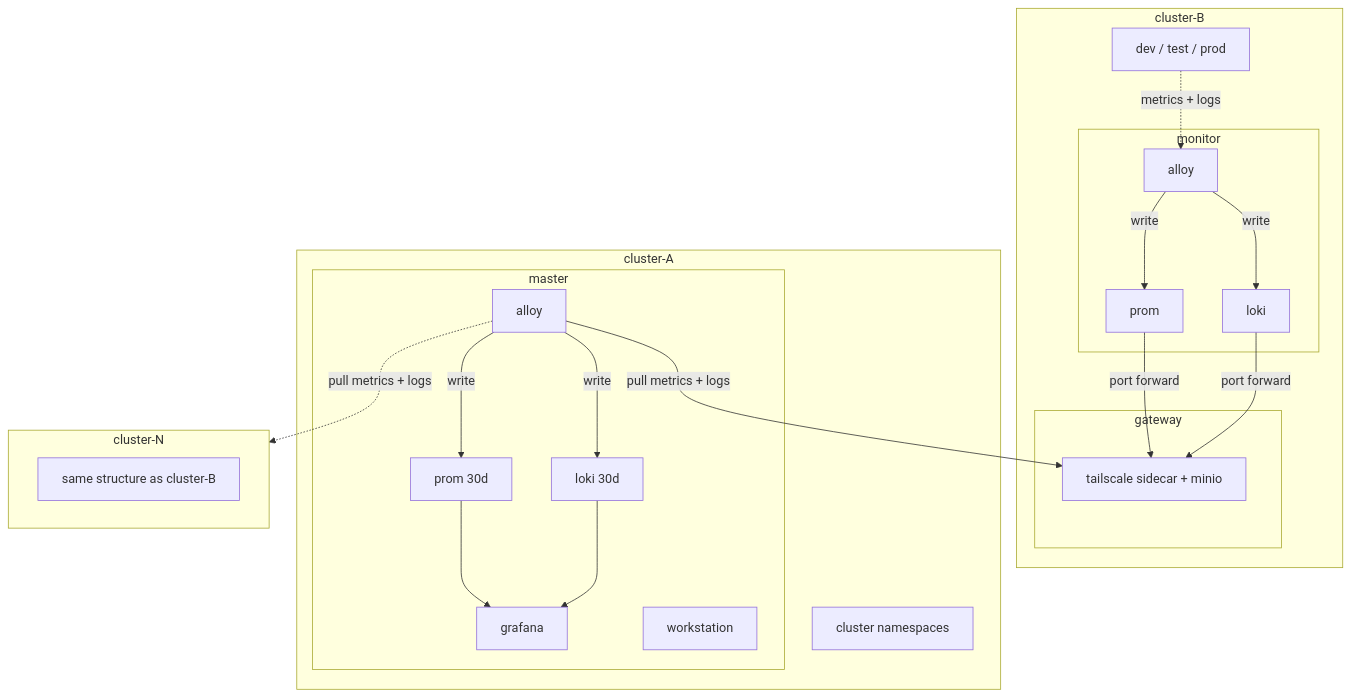
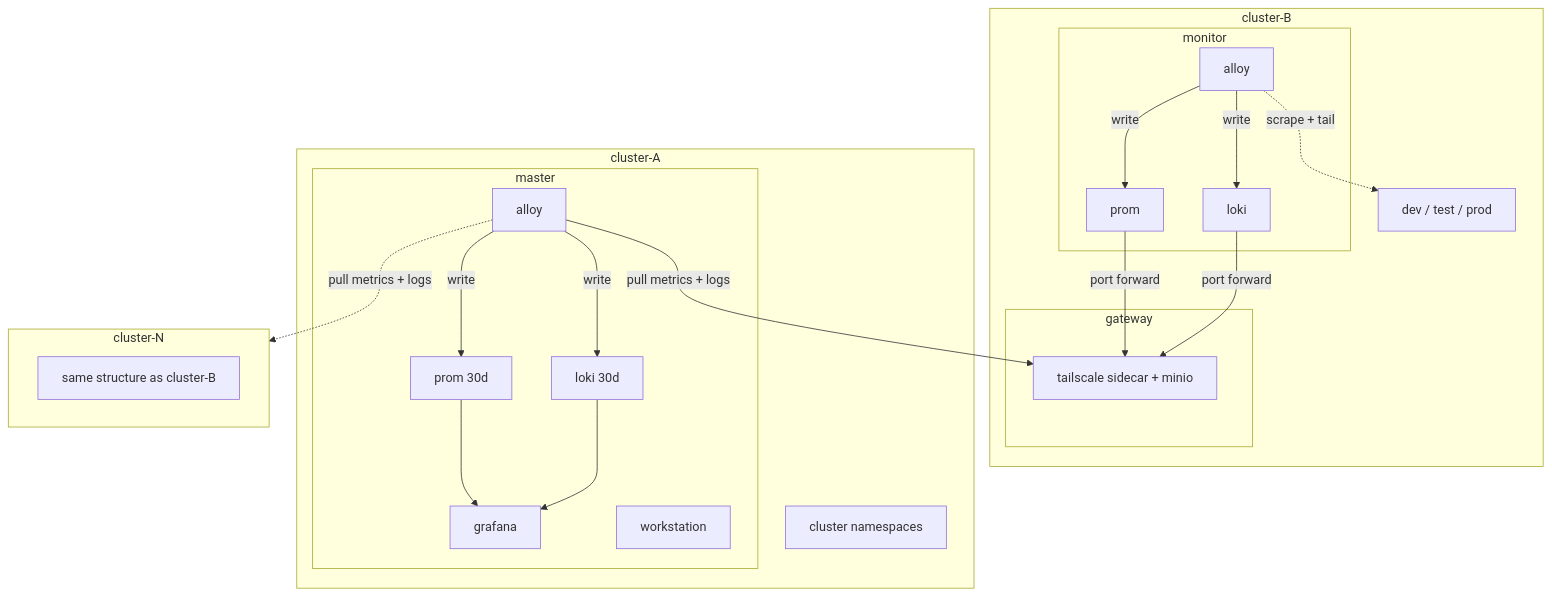
The first of 2 diagrams in docs/infra/infrastructure.md (Kord96/kordinate), drawn with Mermaid before and after one commit. The commit also changed other lines of this file, not shown here.

First line of the commit message:
Fix arrow direction — alloy scrapes from env/nodes, not the other way

````diff
--- a/docs/infra/infrastructure.md
+++ b/docs/infra/infrastructure.md
@@ -22,30 +22,30 @@
 ```mermaid
 flowchart TB
     subgraph CB[cluster-B]
         subgraph gw-b[gateway]
             GWT-B[tailscale sidecar + minio]
         end
         subgraph mon-b[monitor]
             AL-B[alloy] -->|write| PR-B[prom] & LK-B[loki]
         end
-        ENV-B[dev / test / prod] -.->|metrics + logs| AL-B
+        AL-B -.->|scrape + tail| ENV-B[dev / test / prod]
         PR-B & LK-B -->|port forward| GWT-B
     end
 
     subgraph CA[cluster-A]
         subgraph master[master]
             MA[alloy]
             MA -->|write| MP[prom 30d] & ML[loki 30d]
             MP & ML --> G[grafana]
             WS[workstation]
         end
         CA-OTHER[cluster namespaces]
     end
 
     subgraph CN[cluster-N]
         CN-INNER[same structure as cluster-B]
     end
 
     MA -->|pull metrics + logs| GWT-B
     MA -.->|pull metrics + logs| CN
 ```
````
